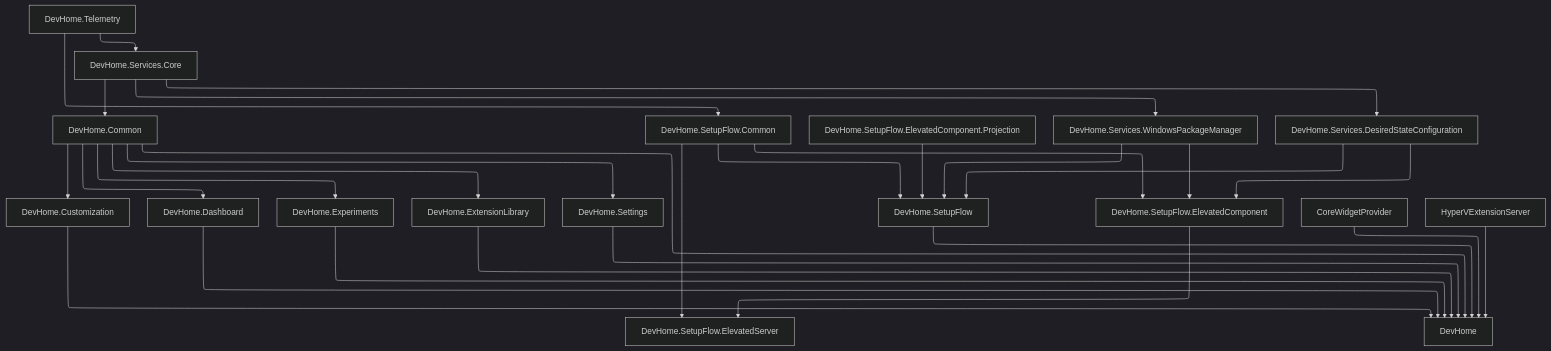
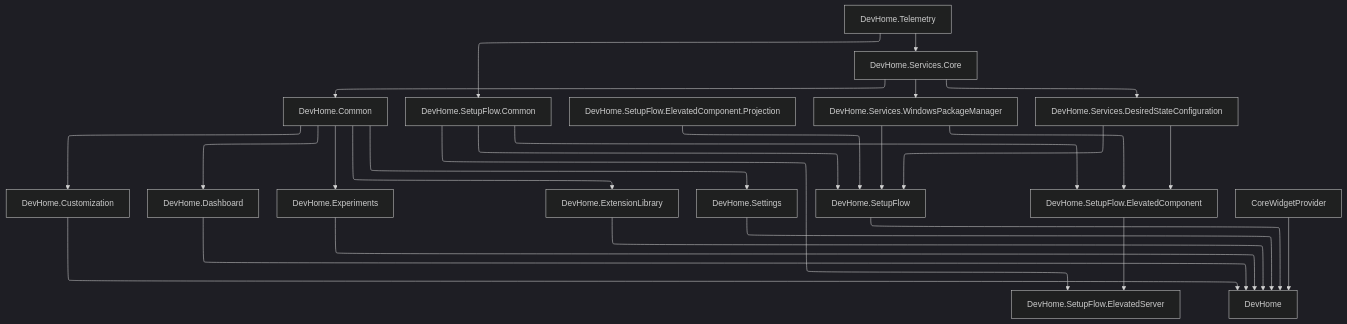
One commit to microsoft/devhome changed the diagram in docs/architecture.md. Above: the diagram before and after it, drawn with Mermaid (dark theme). The commit also changed 390 other files, not shown here.

````diff
--- a/docs/architecture.md
+++ b/docs/architecture.md
@@ -14,32 +14,30 @@
 ```mermaid
 graph TD;
     %%{init:{'flowchart':{"defaultRenderer": "elk"}}}%%
     DevHome.Common-->DevHome.Customization;
     DevHome.Common-->DevHome.Dashboard;
     DevHome.Common-->DevHome.Experiments;
     DevHome.Common-->DevHome.ExtensionLibrary;
     DevHome.Common-->DevHome.Settings;
     DevHome.Telemetry-->DevHome.SetupFlow.Common;
     DevHome.SetupFlow.Common-->DevHome.SetupFlow;
     DevHome.SetupFlow.Common-->DevHome.SetupFlow.ElevatedComponent;
     DevHome.SetupFlow.Common-->DevHome.SetupFlow.ElevatedServer;
     DevHome.SetupFlow.ElevatedComponent-->DevHome.SetupFlow.ElevatedServer;
     DevHome.SetupFlow.ElevatedComponent.Projection-->DevHome.SetupFlow;
     CoreWidgetProvider-->DevHome;
-    HyperVExtensionServer-->DevHome;
-    DevHome.Common-->DevHome;
     DevHome.Customization-->DevHome;
     DevHome.Dashboard-->DevHome;
     DevHome.Experiments-->DevHome;
     DevHome.ExtensionLibrary-->DevHome;
     DevHome.Settings-->DevHome;
     DevHome.SetupFlow-->DevHome;
     DevHome.Services.Core-->DevHome.Services.WindowsPackageManager;
     DevHome.Services.Core-->DevHome.Services.DesiredStateConfiguration;
     DevHome.Telemetry-->DevHome.Services.Core;
     DevHome.Services.Core-->DevHome.Common;
     DevHome.Services.WindowsPackageManager-->DevHome.SetupFlow;
     DevHome.Services.DesiredStateConfiguration-->DevHome.SetupFlow;
     DevHome.Services.WindowsPackageManager-->DevHome.SetupFlow.ElevatedComponent;
     DevHome.Services.DesiredStateConfiguration-->DevHome.SetupFlow.ElevatedComponent;
 ```
````
